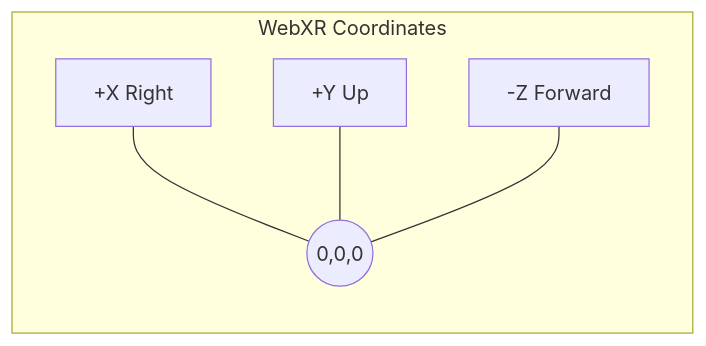
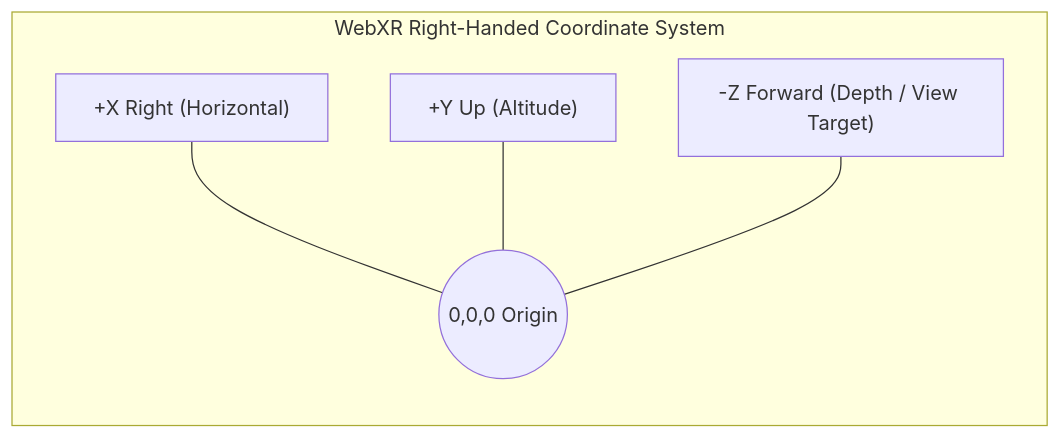
Before and after one commit to SatyamPandey-07/WorkSphere: the fourth of 8 diagrams in docs/WEBXR_SPATIAL_ANCHOR_SPECIFICATION.md, drawn with Mermaid. The commit also changed other lines of this file, not shown here.

Commit message:
docs: WebXR Spatial Anchor Persistence & AR Marker Calibration Specification

````diff
--- a/docs/WEBXR_SPATIAL_ANCHOR_SPECIFICATION.md
+++ b/docs/WEBXR_SPATIAL_ANCHOR_SPECIFICATION.md
@@ -628,8 +628,8 @@
 ```mermaid
 graph LR
-    subgraph "WebXR Coordinates"
-        X["+X Right"] --- Origin((0,0,0))
-        Y["+Y Up"] --- Origin
-        Z["-Z Forward"] --- Origin
+    subgraph "WebXR Right-Handed Coordinate System"
+        X["+X Right (Horizontal)"] --- Origin((0,0,0 Origin))
+        Y["+Y Up (Altitude)"] --- Origin
+        Z["-Z Forward (Depth / View Target)"] --- Origin
     end
 ```
````
